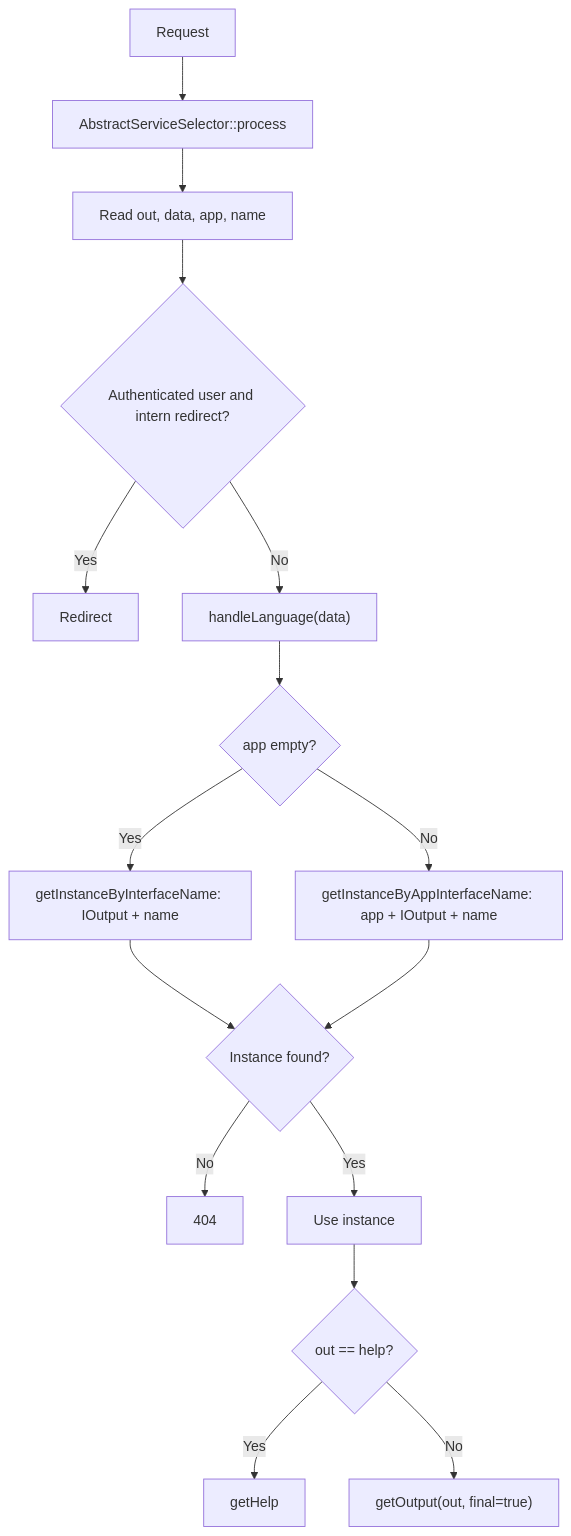
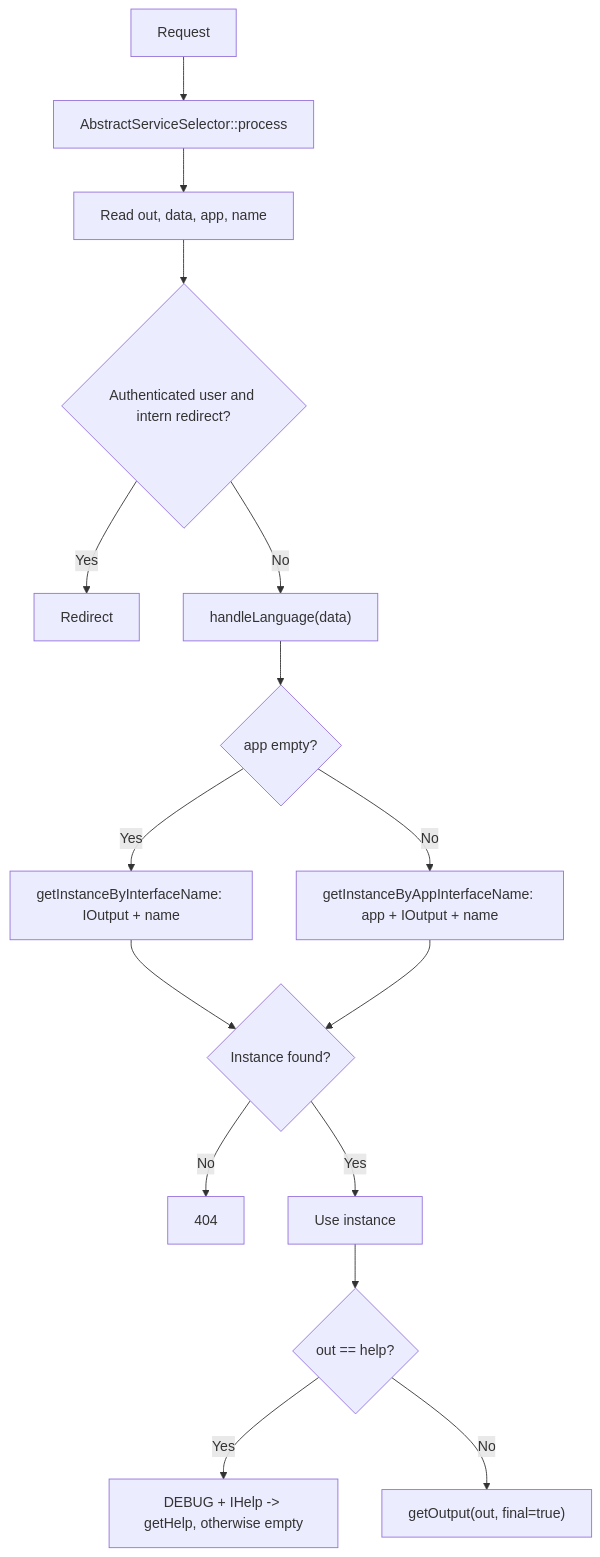
One commit to ddbase3/Base3Framework changed the second of 14 diagrams in docs/routing.md. Above: the diagram before and after it, drawn with Mermaid. The commit also changed other lines of this file and 32 other files, not shown here.

````diff
--- a/docs/routing.md
+++ b/docs/routing.md
@@ -175,18 +186,18 @@
 ```mermaid
 flowchart TD
 	A["Request"] --> B["AbstractServiceSelector::process"]
 	B --> C["Read out, data, app, name"]
 	C --> D{"Authenticated user and intern redirect?"}
 	D -->|"Yes"| E["Redirect"]
 	D -->|"No"| F["handleLanguage(data)"]
 	F --> G{"app empty?"}
 	G -->|"Yes"| H["getInstanceByInterfaceName: IOutput + name"]
 	G -->|"No"| I["getInstanceByAppInterfaceName: app + IOutput + name"]
 	H --> J{"Instance found?"}
 	I --> J
 	J -->|"No"| K["404"]
 	J -->|"Yes"| L["Use instance"]
 	L --> M{"out == help?"}
-	M -->|"Yes"| N["getHelp"]
+	M -->|"Yes"| N["DEBUG + IHelp -> getHelp, otherwise empty"]
 	M -->|"No"| O["getOutput(out, final=true)"]
 ```
````
